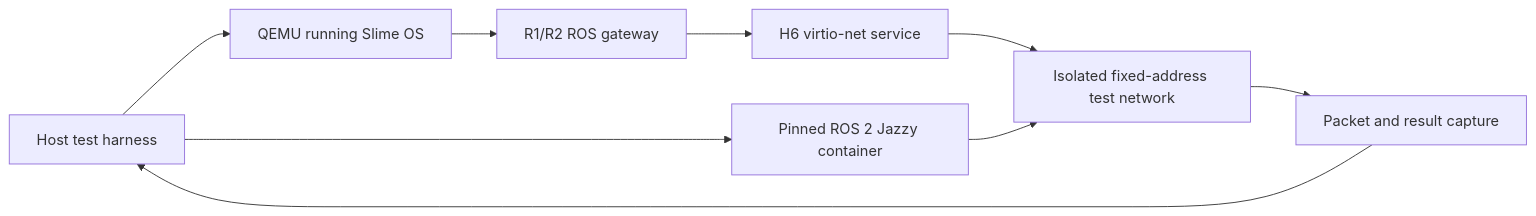
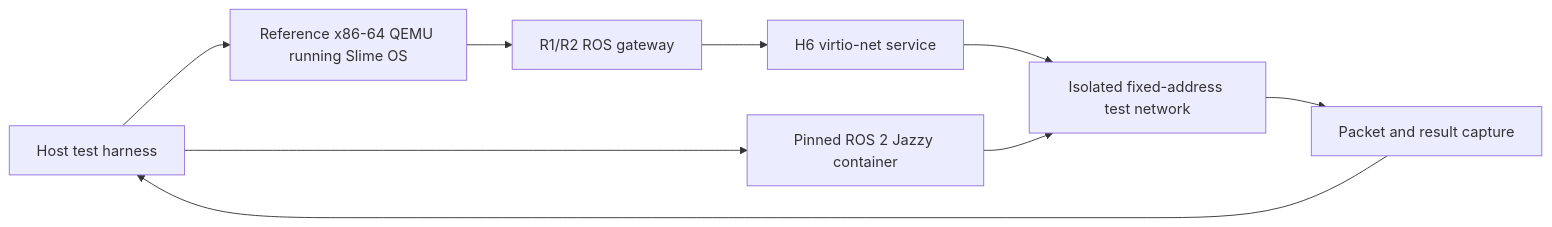
One commit to iceice666/slime_os changed the diagram in roadmap/03-ros2-compatibility.md. Above: the diagram before and after it, drawn with Mermaid. The commit also changed other lines of this file and 7 other files, not shown here.

Commit message:
docs(repo/roadmap): add architecture portability track

````diff
--- a/roadmap/03-ros2-compatibility.md
+++ b/roadmap/03-ros2-compatibility.md
@@ -97,16 +101,16 @@
 ```mermaid
 flowchart LR
     Harness["Host test harness"]
-    QEMU["QEMU running Slime OS"]
+    QEMU["Reference x86-64 QEMU running Slime OS"]
     Gateway["R1/R2 ROS gateway"]
     Network["H6 virtio-net service"]
     TestNet["Isolated fixed-address test network"]
     Peer["Pinned ROS 2 Jazzy container"]
     Capture["Packet and result capture"]
 
     Harness --> QEMU
     Harness --> Peer
     QEMU --> Gateway --> Network --> TestNet
     Peer --> TestNet
     TestNet --> Capture --> Harness
 ```
````
